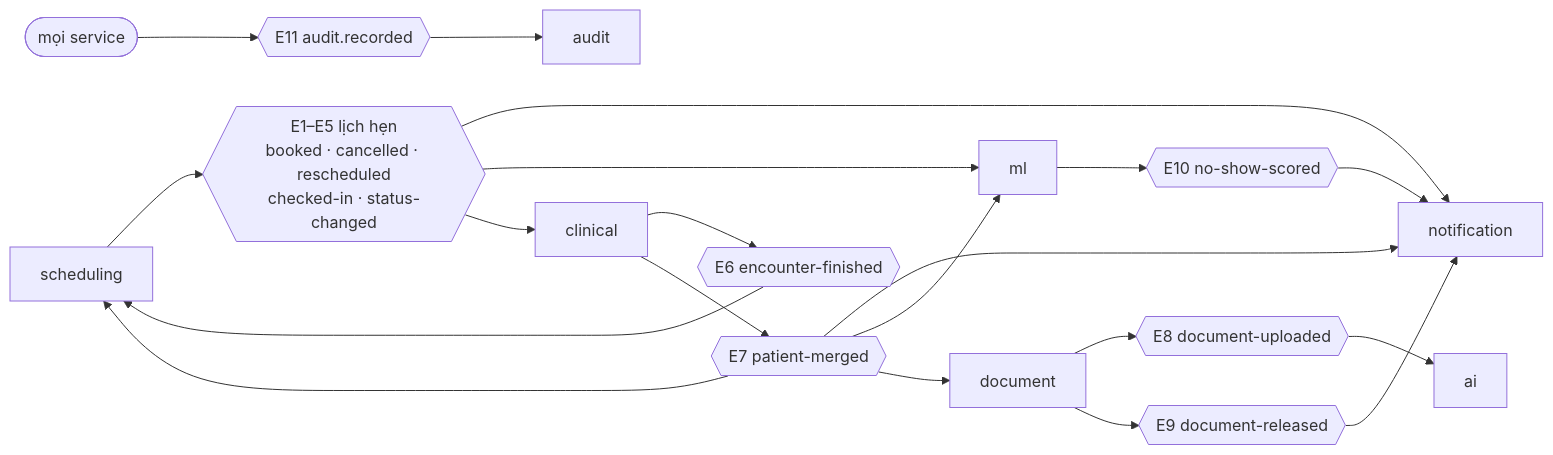
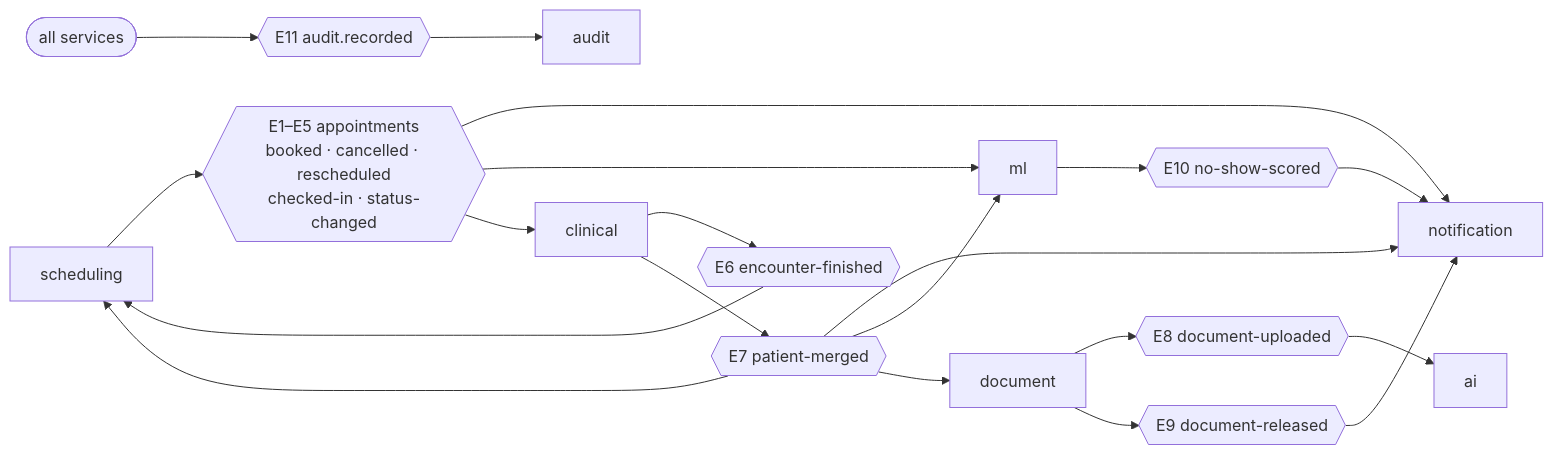
Before and after one commit to viethung12062005/smart-hospital-platform: the second of 5 diagrams in docs/03-architecture/overview.md, drawn with Mermaid. The commit also changed other lines of this file and 346 other files, not shown here.

````diff
--- a/docs/03-architecture/overview.md
+++ b/docs/03-architecture/overview.md
@@ -127,27 +127,27 @@
 ```mermaid
 flowchart LR
   SCH["scheduling"]
   CLI["clinical"]
   DOC["document"]
   ML["ml"]
-  ALL(["mọi service"])
+  ALL(["all services"])
   NTF["notification"]
   AI["ai"]
   AUD["audit"]
 
-  EA{{"E1–E5 lịch hẹn<br/>booked · cancelled · rescheduled<br/>checked-in · status-changed"}}
+  EA{{"E1–E5 appointments<br/>booked · cancelled · rescheduled<br/>checked-in · status-changed"}}
   EB{{"E6 encounter-finished"}}
   EC{{"E7 patient-merged"}}
   ED{{"E8 document-uploaded"}}
   EE{{"E9 document-released"}}
   EF{{"E10 no-show-scored"}}
   EG{{"E11 audit.recorded"}}
 
   SCH --> EA --> NTF & ML & CLI
   CLI --> EB --> SCH
   CLI --> EC --> SCH & NTF & ML & DOC
   DOC --> ED --> AI
   DOC --> EE --> NTF
   ML --> EF --> NTF
   ALL --> EG --> AUD
 ```
````
